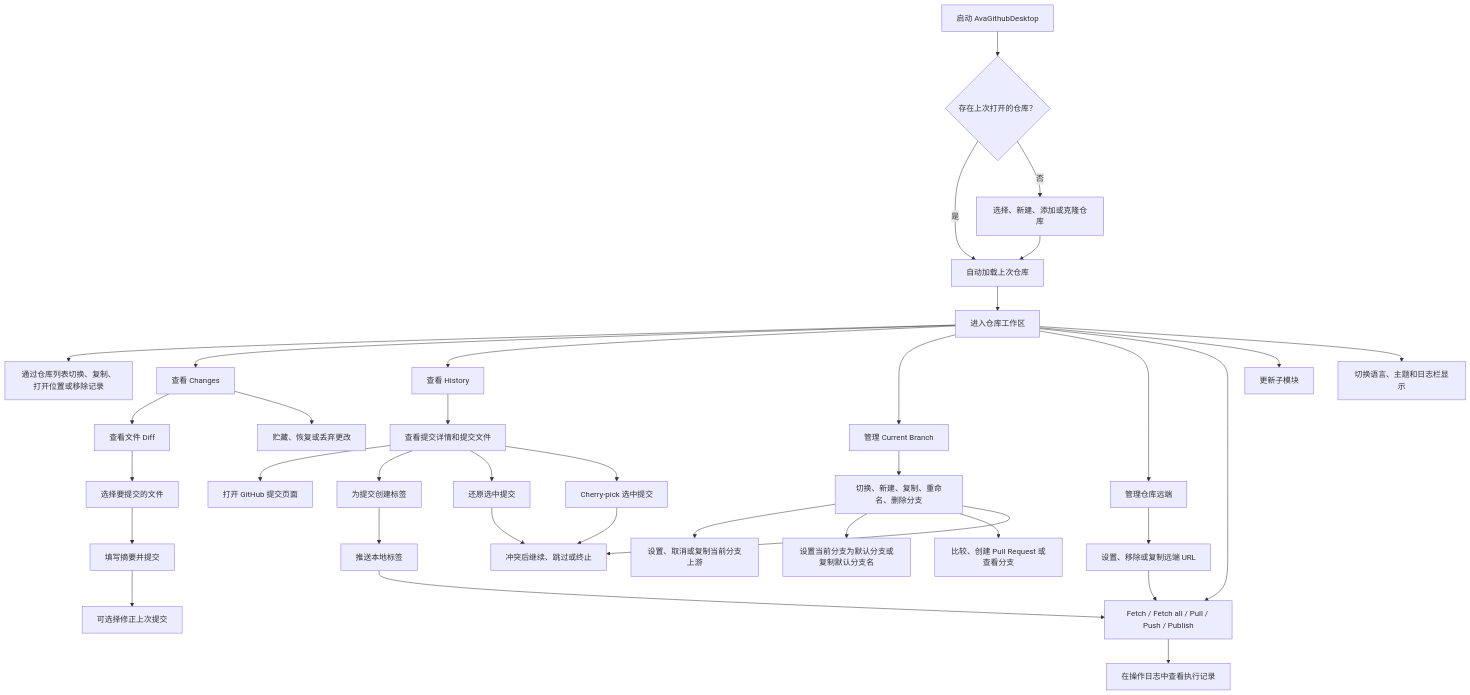
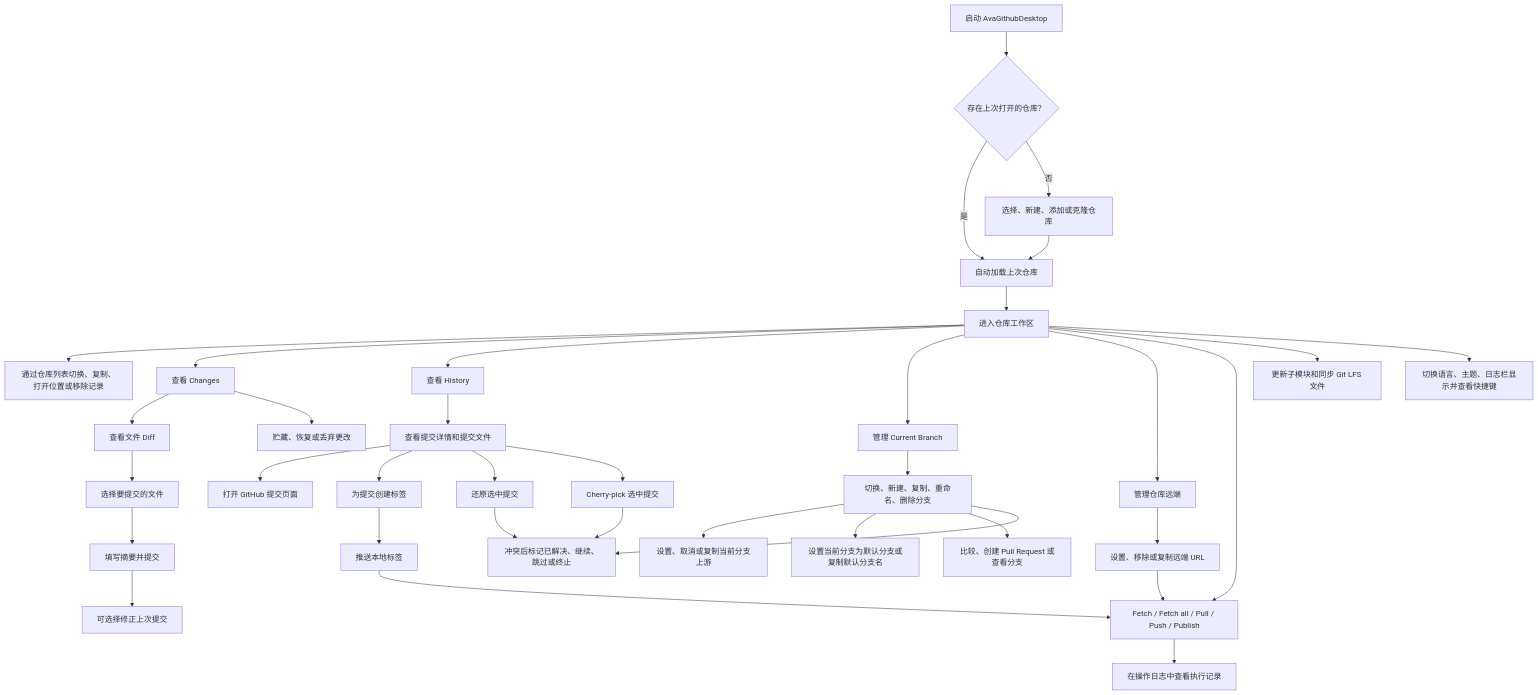
One commit to dotnet9/AvaGithubDesktop changed the diagram in docs/AvaGithubDesktop需求文档.md. Above: the diagram before and after it, drawn with Mermaid. The commit also changed other lines of this file and 17 other files, not shown here.

Commit message:
feat: add keyboard navigation lfs and conflict actions

````diff
--- a/docs/AvaGithubDesktop需求文档.md
+++ b/docs/AvaGithubDesktop需求文档.md
@@ -48,38 +51,38 @@
 ```mermaid
 flowchart TD
     Start["启动 AvaGithubDesktop"] --> Restore{"存在上次打开的仓库？"}
     Restore -->|是| LoadRepo["自动加载上次仓库"]
     Restore -->|否| PickRepo["选择、新建、添加或克隆仓库"]
     PickRepo --> LoadRepo
     LoadRepo --> Workspace["进入仓库工作区"]
     Workspace --> RepoList["通过仓库列表切换、复制、打开位置或移除记录"]
     Workspace --> Changes["查看 Changes"]
     Workspace --> History["查看 History"]
     Workspace --> Branch["管理 Current Branch"]
     Workspace --> Remote["管理仓库远端"]
     Workspace --> Sync["Fetch / Fetch all / Pull / Push / Publish"]
     Changes --> ReviewDiff["查看文件 Diff"]
     ReviewDiff --> SelectFiles["选择要提交的文件"]
     SelectFiles --> Commit["填写摘要并提交"]
     Commit --> Amend["可选择修正上次提交"]
     Changes --> Stash["贮藏、恢复或丢弃更改"]
     History --> CommitDetail["查看提交详情和提交文件"]
     CommitDetail --> OpenCommit["打开 GitHub 提交页面"]
     CommitDetail --> CreateTag["为提交创建标签"]
     CommitDetail --> RevertCommit["还原选中提交"]
     CommitDetail --> CherryPick["Cherry-pick 选中提交"]
     RevertCommit --> ConflictOps
     CherryPick --> ConflictOps
     Branch --> BranchOps["切换、新建、复制、重命名、删除分支"]
     BranchOps --> UpstreamOps["设置、取消或复制当前分支上游"]
     BranchOps --> DefaultBranch["设置当前分支为默认分支或复制默认分支名"]
     BranchOps --> BranchGitHub["比较、创建 Pull Request 或查看分支"]
-    BranchOps --> ConflictOps["冲突后继续、跳过或终止"]
+    BranchOps --> ConflictOps["冲突后标记已解决、继续、跳过或终止"]
     Remote --> RemoteOps["设置、移除或复制远端 URL"]
     RemoteOps --> Sync
     CreateTag --> PushTags["推送本地标签"]
     PushTags --> Sync
     Sync --> OperationLog["在操作日志中查看执行记录"]
-    Workspace --> Submodules["更新子模块"]
-    Workspace --> Settings["切换语言、主题和日志栏显示"]
+    Workspace --> Submodules["更新子模块和同步 Git LFS 文件"]
+    Workspace --> Settings["切换语言、主题、日志栏显示并查看快捷键"]
 ```
````
